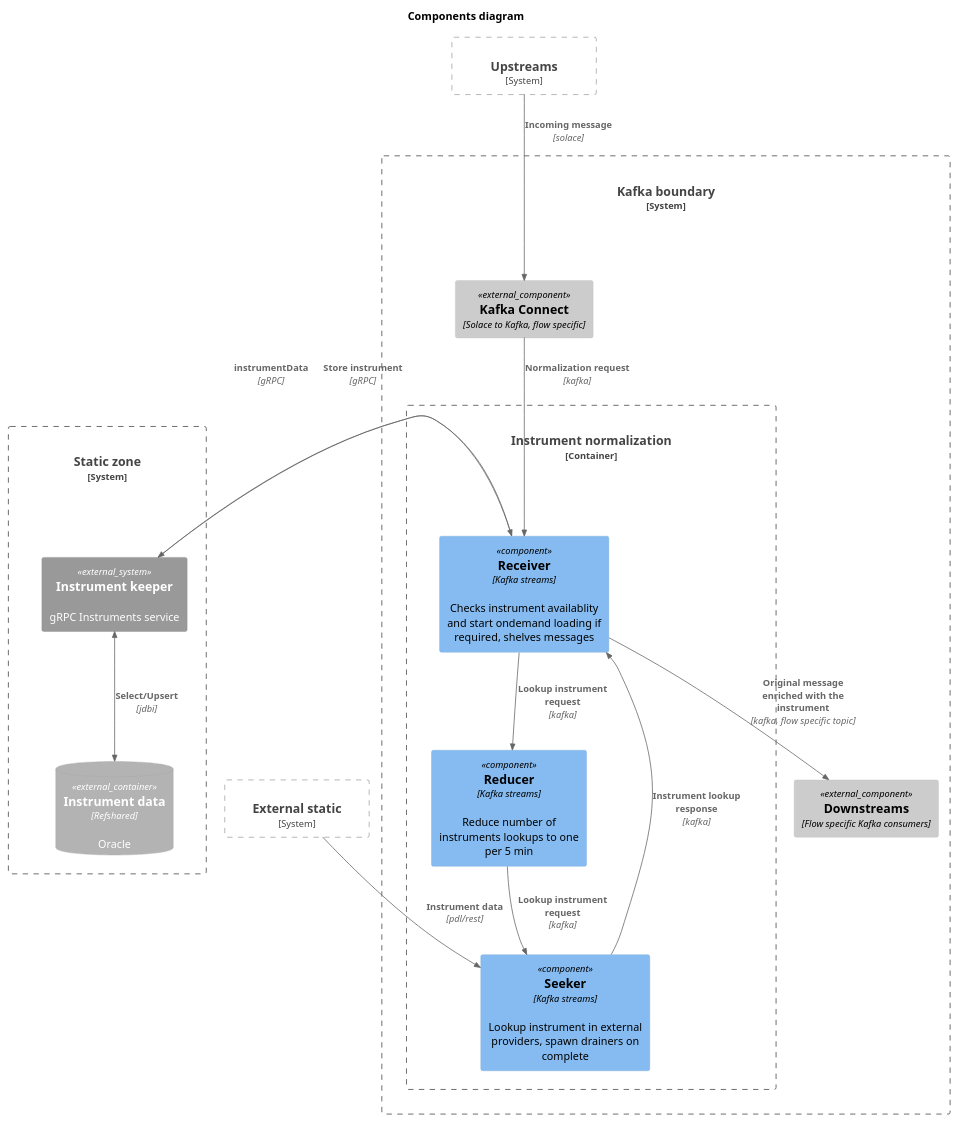
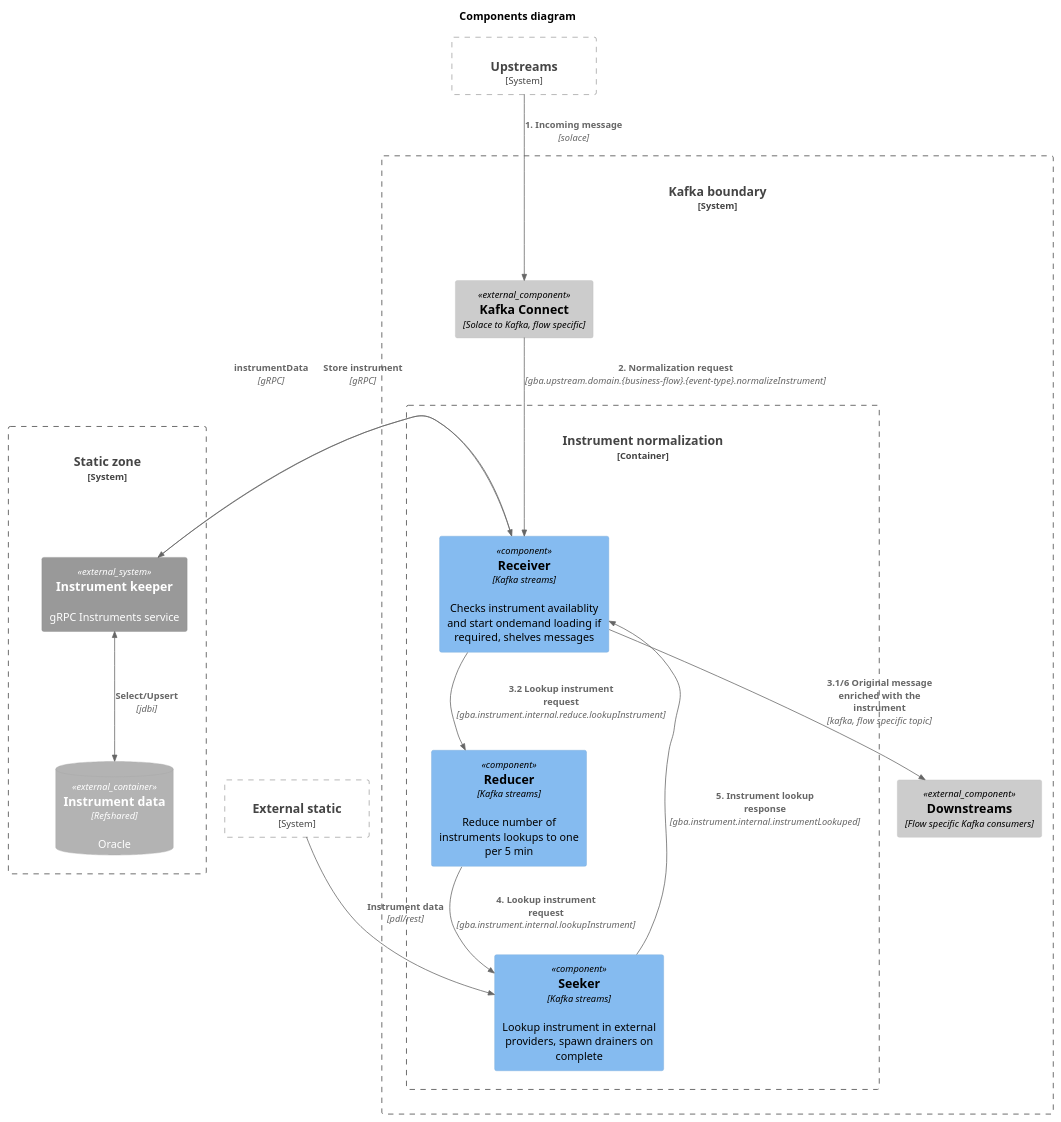
The diagram in docs/design/src/2 Design/2-2 Components diagram/design.puml (limitium/istrument-normalizer), drawn with PlantUML before and after one commit. The commit also changed 33 other files, not shown here.

```diff
--- a/docs/design/src/2 Design/2-2 Components diagram/design.puml
+++ b/docs/design/src/2 Design/2-2 Components diagram/design.puml
@@ -1,53 +1,53 @@
 @startuml
 !include https://raw.githubusercontent.com/plantuml-stdlib/C4-PlantUML/master/C4_Container.puml
 !include https://raw.githubusercontent.com/plantuml-stdlib/C4-PlantUML/master/C4_Component.puml
 !include https://raw.githubusercontent.com/plantuml-stdlib/C4-PlantUML/master/C4_Deployment.puml
 
 title Components diagram
 
 
 AddRelTag("control", $textColor="blue", $lineColor="blue", $lineStyle = DashedLine())
 
 
 System_Boundary(upstreams, "Upstreams"){
 
 }
 
 System_Boundary(static_ext, "External static"){
 }
 
 System_Boundary(static, "Static zone"){
     System_Ext(instr, "Instrument keeper", "gRPC Instruments service")
     ContainerDb_Ext(db, "Instrument data", "Refshared", "Oracle")
 }
 
 System_Boundary(kafka, "Kafka boundary"){
     Component_Ext(kafka_connect_in, "Kafka Connect", "Solace to Kafka, flow specific")
     Container_Boundary(instrument_normalization, "Instrument normalization"){
         Component(receiver, "Receiver", "Kafka streams", "Checks instrument availablity and start ondemand loading if required, shelves messages")
         Component(reducer, "Reducer", "Kafka streams", "Reduce number of instruments lookups to one per 5 min")
         Component(seeker, "Seeker", "Kafka streams", "Lookup instrument in external providers, spawn drainers on complete")
     }
     Component_Ext(downstreams, "Downstreams", "Flow specific Kafka consumers")
 }
 
-Rel(receiver, reducer, "Lookup instrument request", "kafka")
+Rel(receiver, reducer, "3.2 Lookup instrument request", "gba.instrument.internal.reduce.lookupInstrument")
 
-Rel(reducer, seeker, "Lookup instrument request", "kafka")
+Rel(reducer, seeker, "4. Lookup instrument request", "gba.instrument.internal.lookupInstrument")
 Rel(static_ext, seeker, "Instrument data", "pdl/rest")
 Rel(receiver, instr, "Store instrument", "gRPC")
-Rel(seeker, receiver, "Instrument lookup response", "kafka")
+Rel(seeker, receiver, "5. Instrument lookup response", "gba.instrument.internal.instrumentLookuped")
 
-Rel(receiver, downstreams, "Original message enriched with the instrument", "kafka, flow specific topic")
+Rel(receiver, downstreams, "3.1/6 Original message enriched with the instrument", "kafka, flow specific topic")
 
-Rel(upstreams, kafka_connect_in, "Incoming message", "solace")
-Rel(kafka_connect_in, receiver, "Normalization request", "kafka")
+Rel(upstreams, kafka_connect_in, "1. Incoming message", "solace")
+Rel(kafka_connect_in, receiver, "2. Normalization request", "gba.upstream.domain.{business-flow}.{event-type}.normalizeInstrument")
 
 BiRel(instr, db, "Select/Upsert", "jdbi")
 Rel(instr, receiver, "instrumentData", "gRPC")
 
 
 Lay_L(instrument_normalization, static)
 Lay_D(receiver,seeker)
 
 @enduml
```
